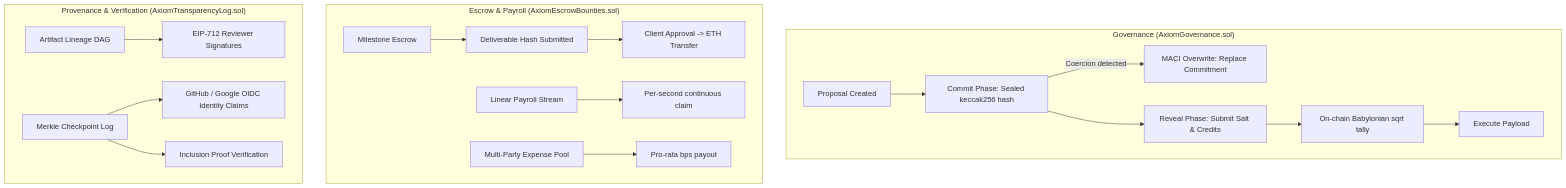
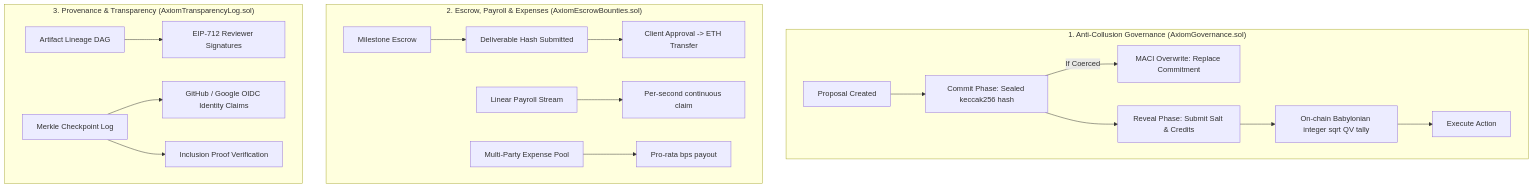
One commit to Enky-yy/Devcon-Track3 changed the diagram in README.md. Above: the diagram before and after it, drawn with Mermaid. The commit also changed other lines of this file, not shown here.

````diff
--- a/README.md
+++ b/README.md
@@ -24,23 +57,23 @@
 ```mermaid
 graph TD
-    subgraph "Governance (AxiomGovernance.sol)"
+    subgraph "1. Anti-Collusion Governance (AxiomGovernance.sol)"
         P[Proposal Created] --> C[Commit Phase: Sealed keccak256 hash]
-        C -->|Coercion detected| O[MACI Overwrite: Replace Commitment]
+        C -->|If Coerced| O[MACI Overwrite: Replace Commitment]
         C --> R[Reveal Phase: Submit Salt & Credits]
-        R --> Q[On-chain Babylonian sqrt tally]
-        Q --> E[Execute Payload]
+        R --> Q[On-chain Babylonian integer sqrt QV tally]
+        Q --> E[Execute Action]
     end
 
-    subgraph "Escrow & Payroll (AxiomEscrowBounties.sol)"
+    subgraph "2. Escrow, Payroll & Expenses (AxiomEscrowBounties.sol)"
         M[Milestone Escrow] --> H[Deliverable Hash Submitted]
         H --> S[Client Approval -> ETH Transfer]
         STR[Linear Payroll Stream] --> W[Per-second continuous claim]
         EXP[Multi-Party Expense Pool] --> D[Pro-rata bps payout]
     end
 
-    subgraph "Provenance & Verification (AxiomTransparencyLog.sol)"
+    subgraph "3. Provenance & Transparency (AxiomTransparencyLog.sol)"
         DAG[Artifact Lineage DAG] --> ATT[EIP-712 Reviewer Signatures]
         LOG[Merkle Checkpoint Log] --> OIDC[GitHub / Google OIDC Identity Claims]
         LOG --> PRF[Inclusion Proof Verification]
     end
 ```
````
